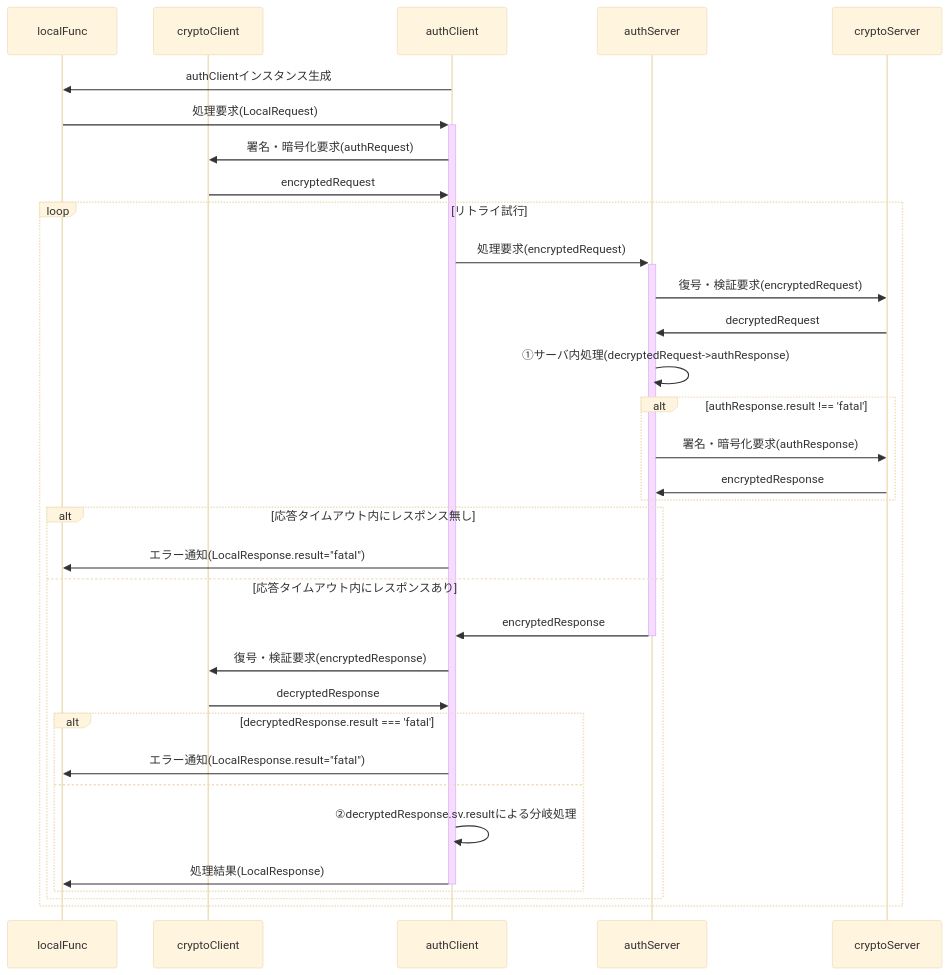
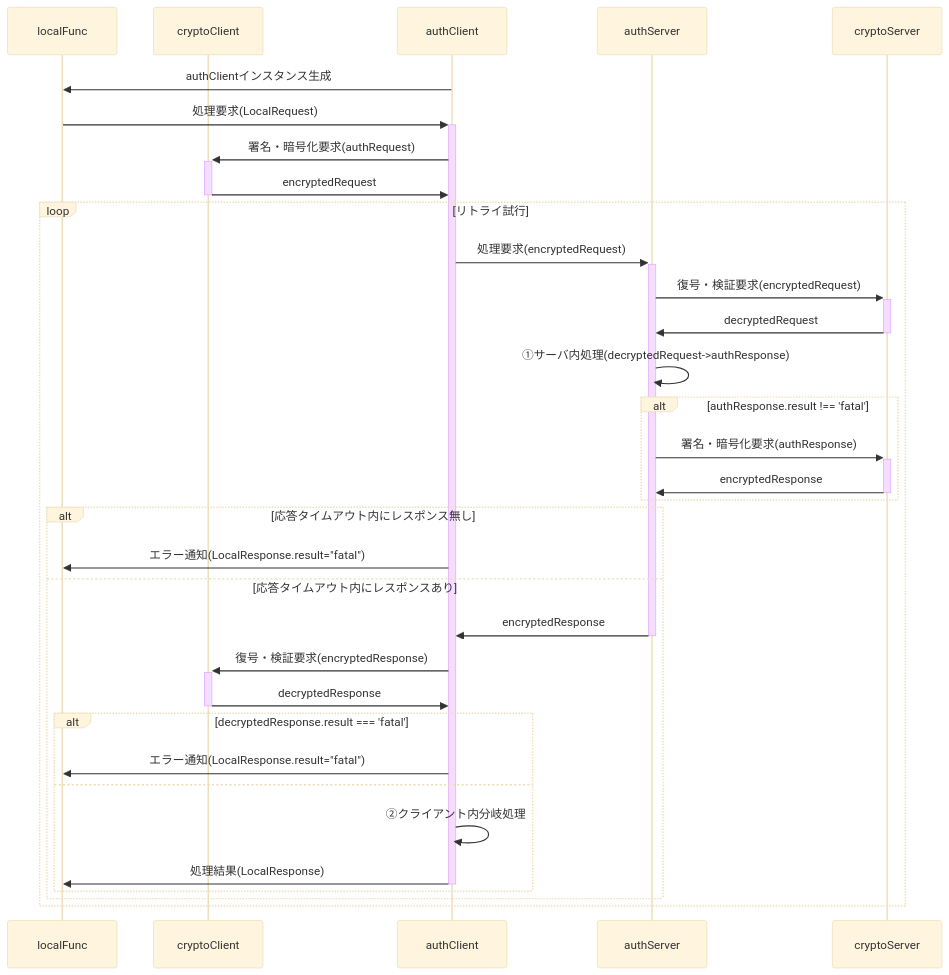
The diagram in underDev/Auth/spec.md (nakaone/library), drawn with Mermaid (base theme) before and after one commit. The commit also changed other lines of this file and 6 other files, not shown here.

````diff
--- a/underDev/Auth/spec.md
+++ b/underDev/Auth/spec.md
@@ -52,46 +52,46 @@
 ```mermaid
 sequenceDiagram
   %%actor user
   participant localFunc
   %%participant clientMail
   participant cryptoClient
   %%participant IndexedDB
   participant authClient
   participant authServer
   %%participant memberList
   participant cryptoServer
   %%participant serverFunc
   %%actor admin
 
   authClient->>localFunc: authClientインスタンス生成
   localFunc->>+authClient: 処理要求(LocalRequest)
-  authClient->>cryptoClient: 署名・暗号化要求(authRequest)
-  cryptoClient->>authClient: encryptedRequest
+  authClient->>+cryptoClient: 署名・暗号化要求(authRequest)
+  cryptoClient->>-authClient: encryptedRequest
 
   loop リトライ試行
     authClient->>+authServer: 処理要求(encryptedRequest)
-    authServer->>cryptoServer: 復号・検証要求(encryptedRequest)
-    cryptoServer->>authServer: decryptedRequest
+    authServer->>+cryptoServer: 復号・検証要求(encryptedRequest)
+    cryptoServer->>-authServer: decryptedRequest
     authServer->>authServer: ①サーバ内処理(decryptedRequest->authResponse)
     alt authResponse.result !== 'fatal'
-      authServer->>cryptoServer: 署名・暗号化要求(authResponse)
-      cryptoServer->>authServer: encryptedResponse
+      authServer->>+cryptoServer: 署名・暗号化要求(authResponse)
+      cryptoServer->>-authServer: encryptedResponse
     end
 
     alt 応答タイムアウト内にレスポンス無し
       authClient->>localFunc: エラー通知(LocalResponse.result="fatal")
     else 応答タイムアウト内にレスポンスあり
       authServer->>-authClient: encryptedResponse
 
-      authClient->>cryptoClient: 復号・検証要求(encryptedResponse)
-      cryptoClient->>authClient: decryptedResponse
+      authClient->>+cryptoClient: 復号・検証要求(encryptedResponse)
+      cryptoClient->>-authClient: decryptedResponse
 
       alt decryptedResponse.result === 'fatal'
         authClient->>localFunc: エラー通知(LocalResponse.result="fatal")
       else
-        authClient->>authClient: ②decryptedResponse.sv.resultによる分岐処理
+        authClient->>authClient: ②クライアント内分岐処理
         authClient->>-localFunc: 処理結果(LocalResponse)
       end
     end
   end
 ```
````
